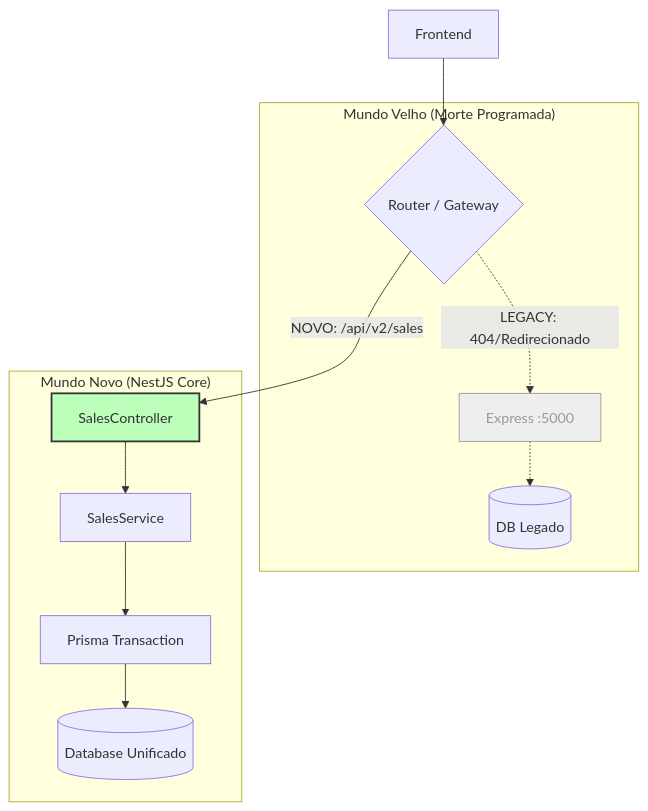
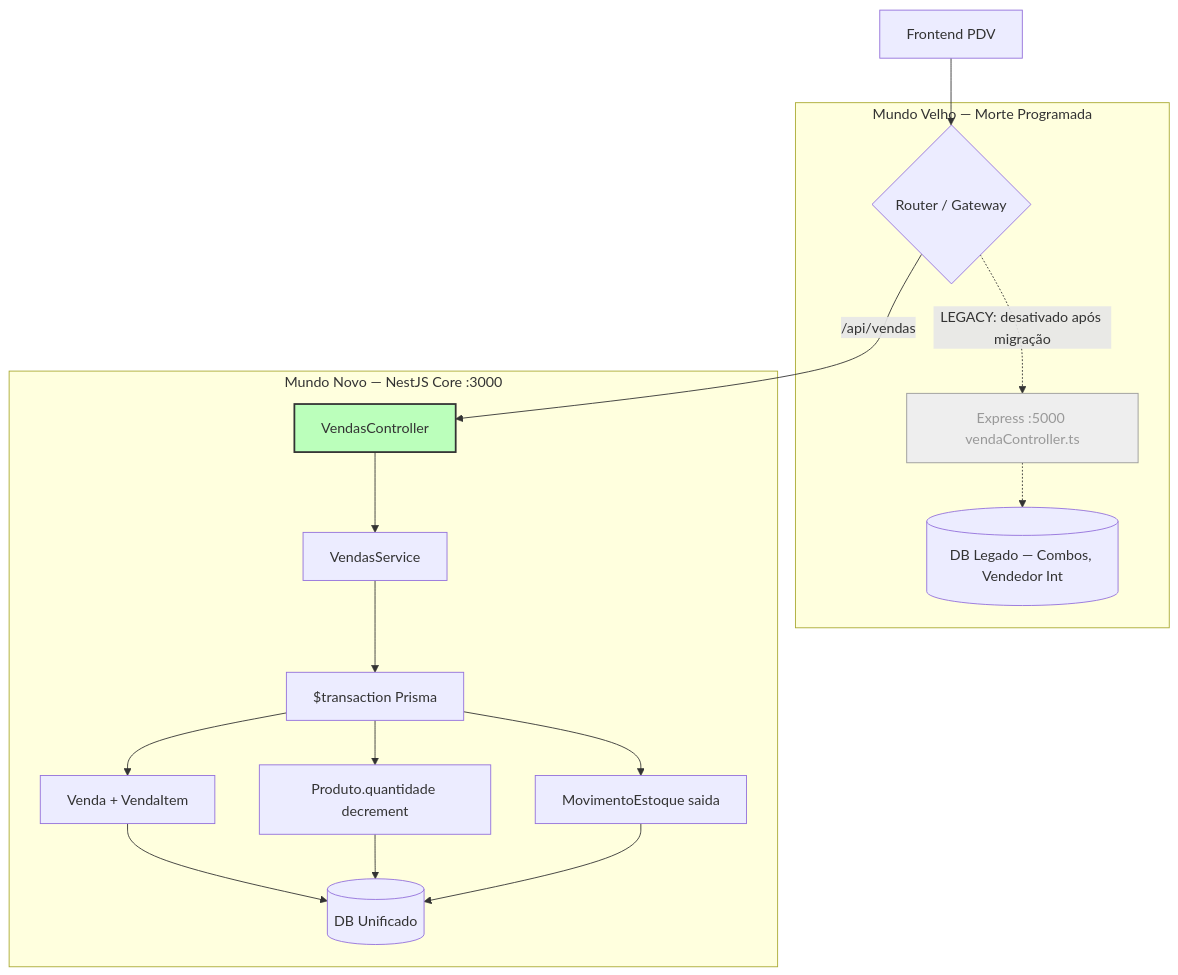
One commit to marcio012/hive changed the first of 2 diagrams in beehive/construcao/blueprints/BLUEPRINT_LEGACY_DEATH_SALES.md. Above: the diagram before and after it, drawn with Mermaid. The commit also changed other lines of this file, not shown here.

First line of the commit message:
docs: expandir blueprint legacy death sales — spec completa v2

````diff
--- a/beehive/construcao/blueprints/BLUEPRINT_LEGACY_DEATH_SALES.md
+++ b/beehive/construcao/blueprints/BLUEPRINT_LEGACY_DEATH_SALES.md
@@ -41,19 +209,22 @@
 ```mermaid
 graph TD
-    A[Frontend] --> B{Router / Gateway}
+    A[Frontend PDV] --> B{Router / Gateway}
     
-    subgraph "Mundo Velho (Morte Programada)"
-    B -.->|LEGACY: 404/Redirecionado| C[Express :5000]
-    C -.-> D[(DB Legado)]
+    subgraph "Mundo Velho — Morte Programada"
+    B -.->|LEGACY: desativado após migração| C[Express :5000 vendaController.ts]
+    C -.-> D[(DB Legado — Combos, Vendedor Int)]
     end
     
-    subgraph "Mundo Novo (NestJS Core)"
-    B -->|NOVO: /api/v2/sales| E[SalesController]
-    E --> F[SalesService]
-    F --> G[Prisma Transaction]
-    G --> H[(Database Unificado)]
+    subgraph "Mundo Novo — NestJS Core :3000"
+    B -->|/api/vendas| E[VendasController]
+    E --> F[VendasService]
+    F --> G["$transaction Prisma"]
+    G --> H1[Venda + VendaItem]
+    G --> H2[Produto.quantidade decrement]
+    G --> H3[MovimentoEstoque saida]
+    H1 & H2 & H3 --> I[(DB Unificado)]
     end
     
     style C fill:#eee,stroke:#999,color:#999
     style E fill:#bfb,stroke:#333,stroke-width:2px
 ```
````
